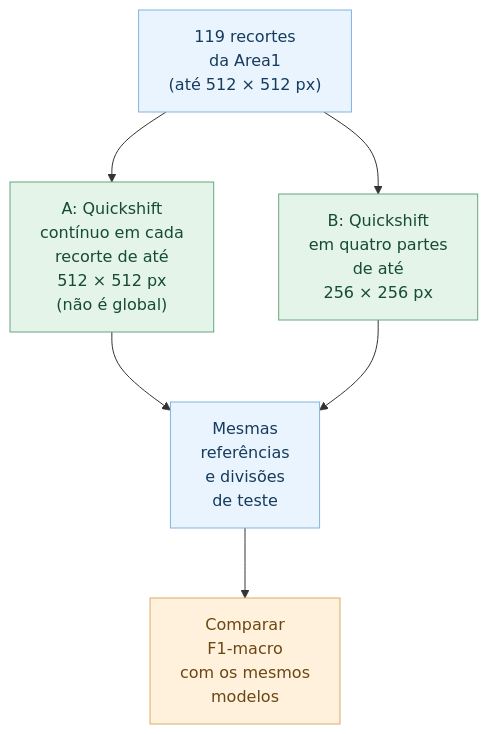
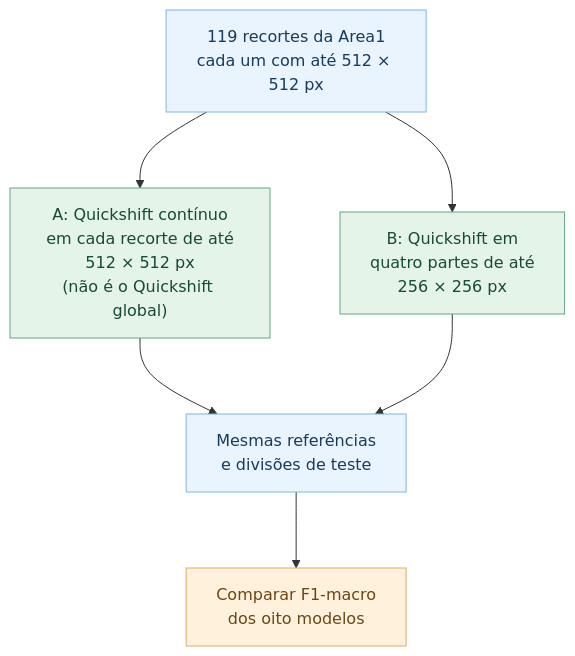
Before and after one commit to BrenoBragaGalvao/mestrado-arvores-urbanas: the third of 3 diagrams in README.md, drawn with Mermaid. The commit also changed other lines of this file, not shown here.

````diff
--- a/README.md
+++ b/README.md
@@ -276,16 +280,16 @@
 ```mermaid
-%%{init: {"flowchart": {"nodeSpacing": 65, "rankSpacing": 70, "htmlLabels": false}, "themeVariables": {"fontFamily": "Arial, sans-serif", "fontSize": "16px"}}}%%
+%%{init: {"flowchart": {"nodeSpacing": 70, "rankSpacing": 76}, "themeVariables": {"fontFamily": "Arial, sans-serif", "fontSize": "16px"}}}%%
 flowchart TD
-    A["119 recortes<br/>da Area1<br/>(até 512 × 512 px)"] --> B["A: Quickshift<br/>contínuo em cada<br/>recorte de até<br/>512 × 512 px<br/>(não é global)"]
-    A --> C["B: Quickshift<br/>em quatro partes<br/>de até<br/>256 × 256 px"]
-    B --> D["Mesmas<br/>referências<br/>e divisões<br/>de teste"]
+    A["119 recortes da Area1<br/>cada um com até 512 × 512 px"] --> B["A: Quickshift contínuo<br/>em cada recorte de até<br/>512 × 512 px<br/>(não é o Quickshift global)"]
+    A --> C["B: Quickshift em<br/>quatro partes de até<br/>256 × 256 px"]
+    B --> D["Mesmas referências<br/>e divisões de teste"]
     C --> D
-    D --> E["Comparar<br/>F1-macro<br/>com os mesmos<br/>modelos"]
+    D --> E["Comparar F1-macro<br/>dos oito modelos"]
 
     classDef dados fill:#eaf4ff,stroke:#80b4e2,color:#163b5d;
     classDef metodo fill:#e4f4e8,stroke:#67a681,color:#164b35;
     classDef resultado fill:#fff1db,stroke:#dcab68,color:#6b4714;
     class A,D dados;
     class B,C metodo;
     class E resultado;
 ```
````
